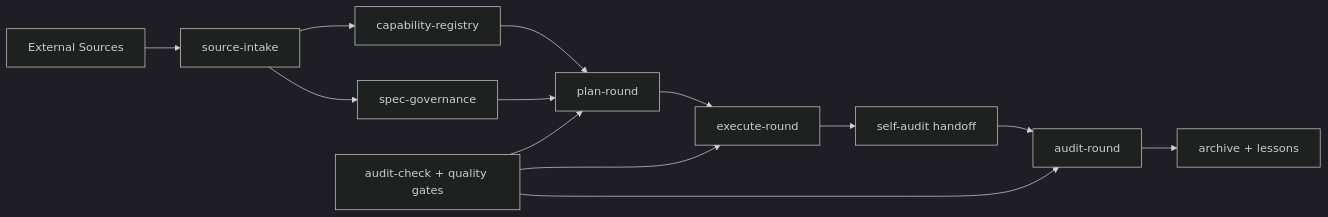
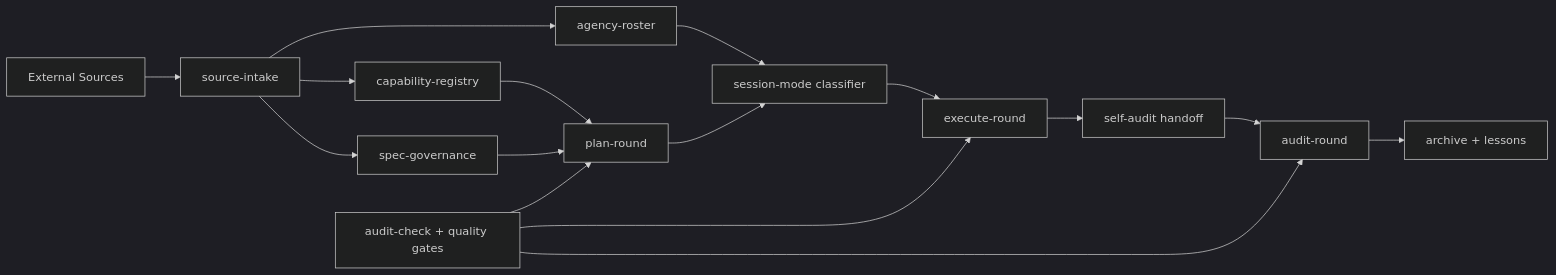
One commit to Arch1eSUN/Arcgentic changed the diagram in docs/plans/2026-06-02-arcgentic-v1-openspec-superpowers-design.md. Above: the diagram before and after it, drawn with Mermaid (dark theme). The commit also changed other lines of this file and 2 other files, not shown here.

First line of the commit message:
docs(R1-v1-openspec-marketplace): add mode classifier and agency roster

````diff
--- a/docs/plans/2026-06-02-arcgentic-v1-openspec-superpowers-design.md
+++ b/docs/plans/2026-06-02-arcgentic-v1-openspec-superpowers-design.md
@@ -75,17 +95,20 @@
 ```mermaid
 flowchart LR
   ExternalSources["External Sources"] --> SourceIntake["source-intake"]
   SourceIntake --> CapabilityRegistry["capability-registry"]
   SourceIntake --> SpecGovernance["spec-governance"]
+  SourceIntake --> AgencyRoster["agency-roster"]
 
   CapabilityRegistry --> PlanRound["plan-round"]
   SpecGovernance --> PlanRound
-  PlanRound --> ExecuteRound["execute-round"]
+  AgencyRoster --> SessionMode["session-mode classifier"]
+  PlanRound --> SessionMode
+  SessionMode --> ExecuteRound["execute-round"]
   ExecuteRound --> SelfAudit["self-audit handoff"]
   SelfAudit --> ExternalAudit["audit-round"]
   ExternalAudit --> ArchiveLessons["archive + lessons"]
 
   GateEngine["audit-check + quality gates"] --> PlanRound
   GateEngine --> ExecuteRound
   GateEngine --> ExternalAudit
 ```
````
